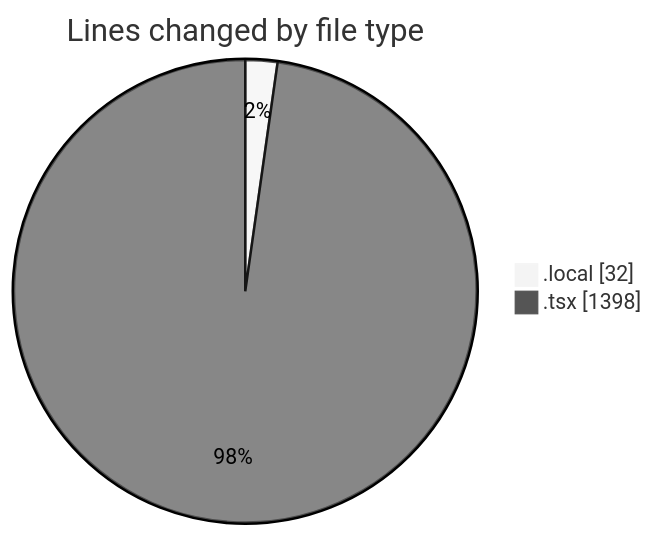
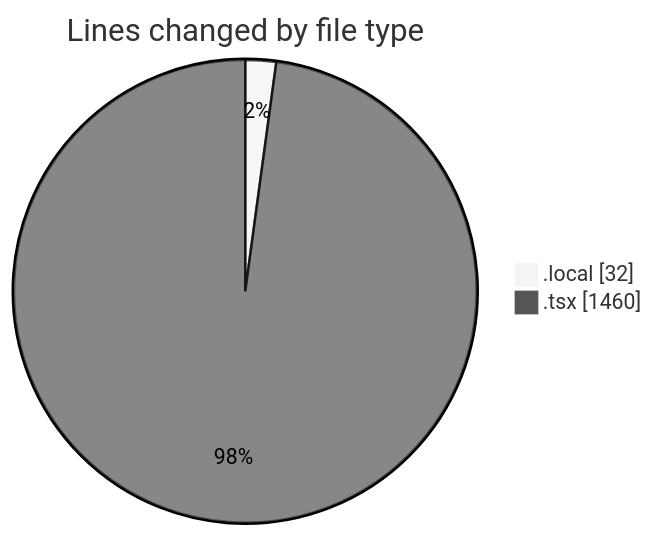
One commit to julien-gomy/code-tracking changed the first of 2 diagrams in 2025-10-13/frontend-cms/README.md. Above: the diagram before and after it, drawn with Mermaid (neutral theme). The commit also changed other lines of this file and 1 other file, not shown here.

````diff
--- a/2025-10-13/frontend-cms/README.md
+++ b/2025-10-13/frontend-cms/README.md
@@ -22,6 +22,6 @@
 ```mermaid
 pie showData
 title Lines changed by file type
 ".local" : 32
-".tsx" : 1398
+".tsx" : 1460
 ```
````
